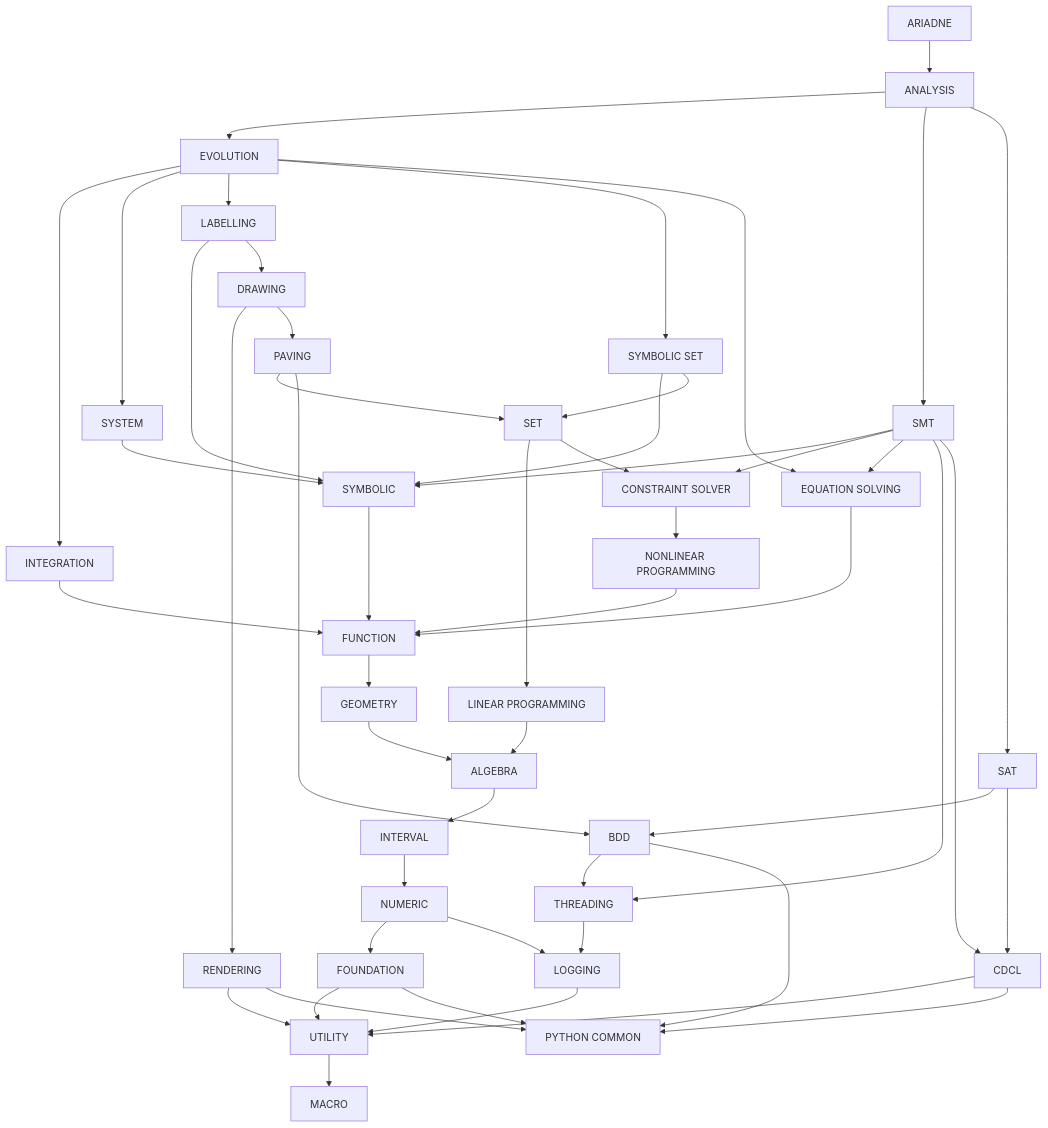
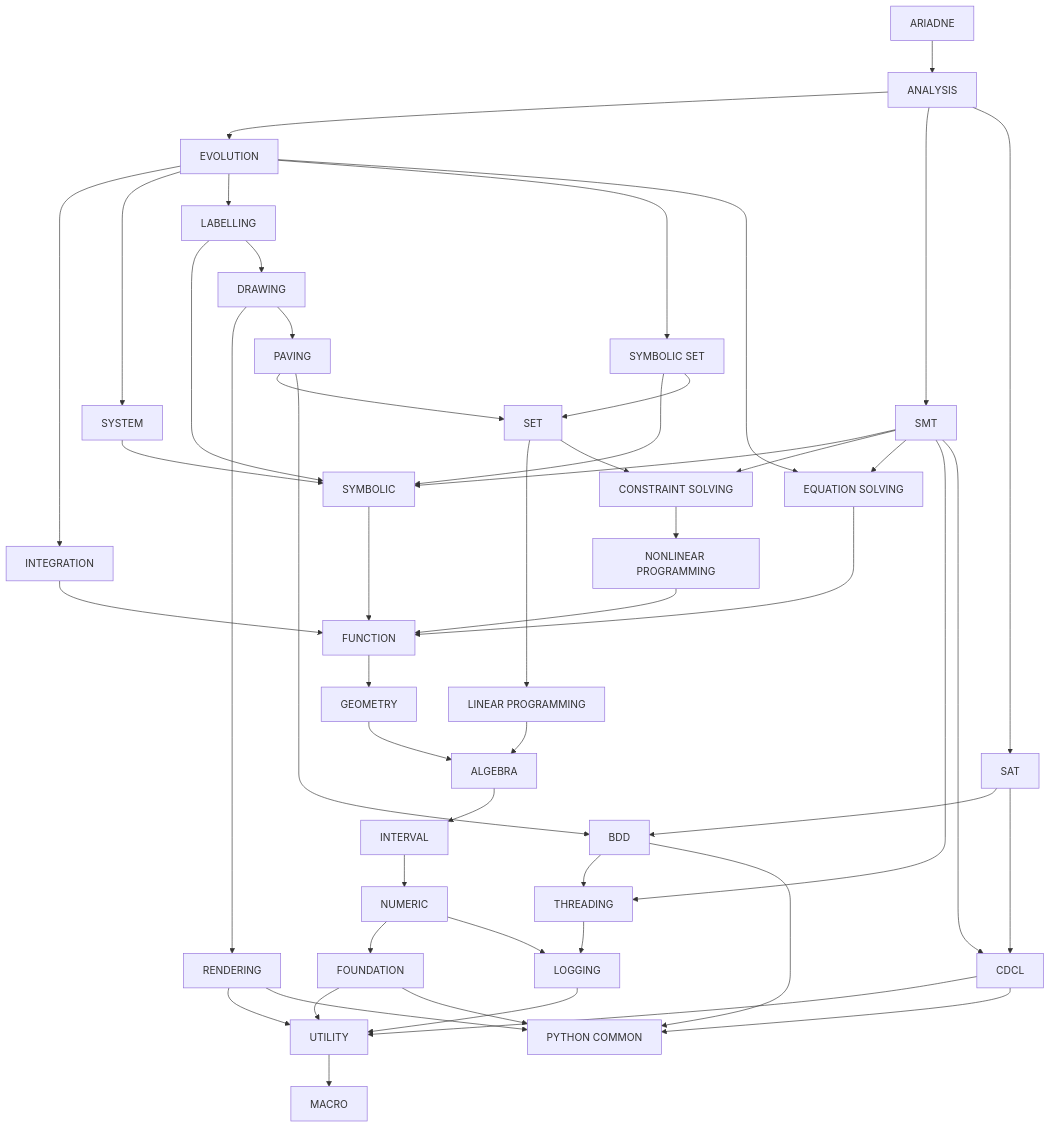
The diagram in doc/decoupling/structure.md (ariadne-cps/ariadne), drawn with Mermaid before and after one commit. The commit also changed other lines of this file, not shown here.

Commit message:
docs(decoupling): rename constraint-solver to constraint-solving

```diff
--- a/doc/decoupling/structure.md
+++ b/doc/decoupling/structure.md
@@ -17,7 +17,7 @@
     smt["SMT"]
     sat["SAT"]
     symbolic["SYMBOLIC"]
-    constraint_solver["CONSTRAINT SOLVER"]
+    constraint_solving["CONSTRAINT SOLVING"]
     equation_solving["EQUATION SOLVING"]
     nonlinear_programming["NONLINEAR PROGRAMMING"]
     linear_programming["LINEAR PROGRAMMING"]
@@ -56,16 +56,16 @@
     paving --> set
     paving --> bdd
     set --> linear_programming
-    set --> constraint_solver
+    set --> constraint_solving
     smt --> symbolic
-    smt --> constraint_solver
+    smt --> constraint_solving
     smt --> equation_solving
     smt --> threading
     smt --> cdcl
     sat --> bdd
     sat --> cdcl
     symbolic --> function
-    constraint_solver --> nonlinear_programming
+    constraint_solving --> nonlinear_programming
     equation_solving --> function
     nonlinear_programming --> function
     linear_programming --> algebra
```
